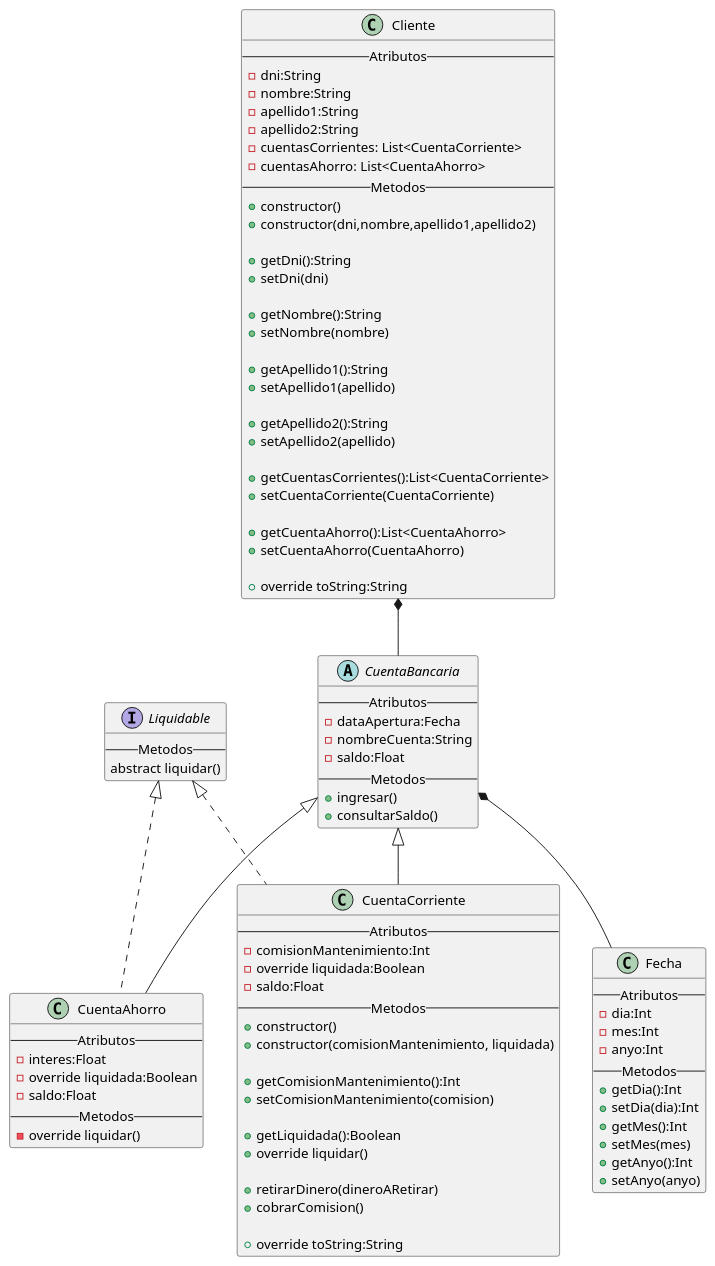
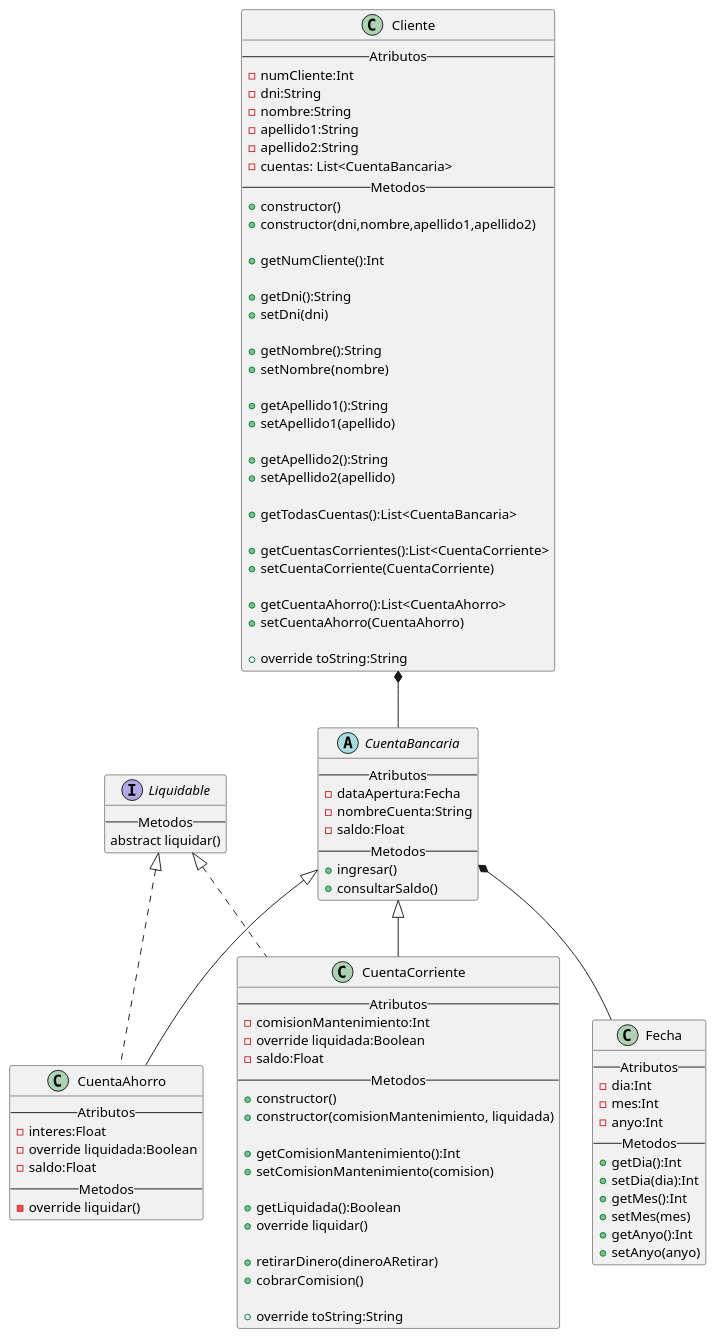
One commit to MaxDronCode/LadronesLegales changed the diagram in src/main/kotlin/uml/DiagramaClases.puml. Above: the diagram before and after it, drawn with PlantUML. The commit also changed 4 other files, not shown here.

```diff
--- a/src/main/kotlin/uml/DiagramaClases.puml
+++ b/src/main/kotlin/uml/DiagramaClases.puml
@@ -1,109 +1,113 @@
 @startuml
 'https://plantuml.com/class-diagram
 
 class Cliente{
 --Atributos--
+-numCliente:Int
 -dni:String
 -nombre:String
 -apellido1:String
 -apellido2:String
--cuentasCorrientes: List<CuentaCorriente>
--cuentasAhorro: List<CuentaAhorro>
+-cuentas: List<CuentaBancaria>
 --Metodos--
 +constructor()
 +constructor(dni,nombre,apellido1,apellido2)
+
++getNumCliente():Int
 
 +getDni():String
 +setDni(dni)
 
 +getNombre():String
 +setNombre(nombre)
 
 +getApellido1():String
 +setApellido1(apellido)
 
 +getApellido2():String
 +setApellido2(apellido)
+
++getTodasCuentas():List<CuentaBancaria>
 
 +getCuentasCorrientes():List<CuentaCorriente>
 +setCuentaCorriente(CuentaCorriente)
 
 +getCuentaAhorro():List<CuentaAhorro>
 +setCuentaAhorro(CuentaAhorro)
 
 +override toString:String
 }
 abstract CuentaBancaria{
 --Atributos--
 -dataApertura:Fecha
 -nombreCuenta:String
 -saldo:Float
 --Metodos--
 +ingresar()
 +consultarSaldo()
 }
 
 class CuentaCorriente{
 --Atributos--
 -comisionMantenimiento:Int
 -override liquidada:Boolean
 -saldo:Float
 --Metodos--
 +constructor()
 +constructor(comisionMantenimiento, liquidada)
 
 +getComisionMantenimiento():Int
 +setComisionMantenimiento(comision)
 
 +getLiquidada():Boolean
 +override liquidar()
 
 +retirarDinero(dineroARetirar)
 +cobrarComision()
 
 +override toString:String
 }
 
 class CuentaAhorro{
 --Atributos--
 -interes:Float
 -override liquidada:Boolean
 -saldo:Float
 --Metodos--
 -override liquidar()
 }
 
 interface Liquidable {
 --Metodos--
 abstract liquidar()
 }
 
 class Fecha {
 --Atributos--
 -dia:Int
 -mes:Int
 -anyo:Int
 --Metodos--
 +getDia():Int
 +setDia(dia):Int
 +getMes():Int
 +setMes(mes)
 +getAnyo():Int
 +setAnyo(anyo)
 }
 
 
 CuentaBancaria <|-- CuentaAhorro
 CuentaBancaria <|-- CuentaCorriente
 CuentaBancaria *-- Fecha
 
 Liquidable <|.. CuentaAhorro
 Liquidable <|.. CuentaCorriente
 
 Cliente *-- CuentaBancaria
 
 
 
 
 
 @enduml
```
